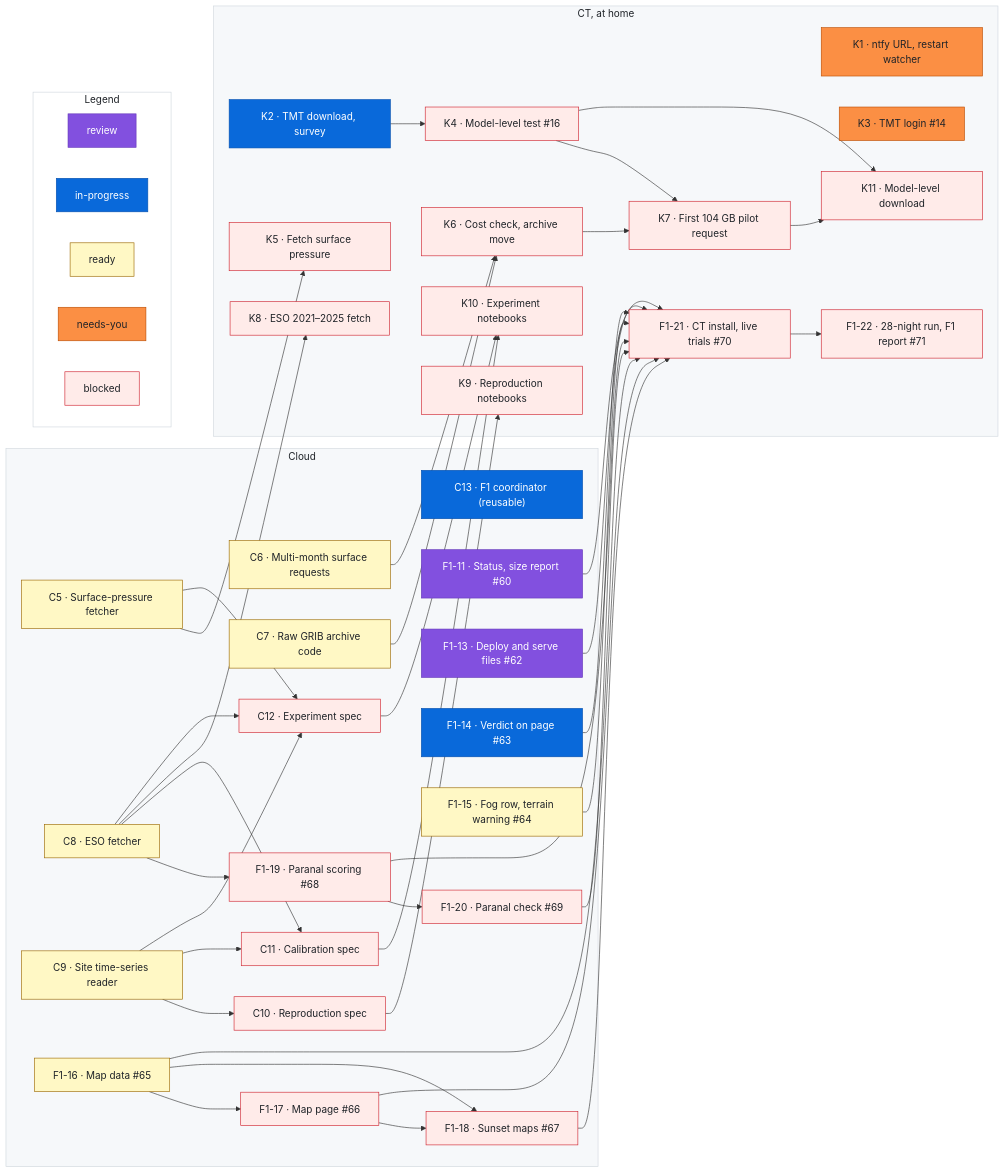
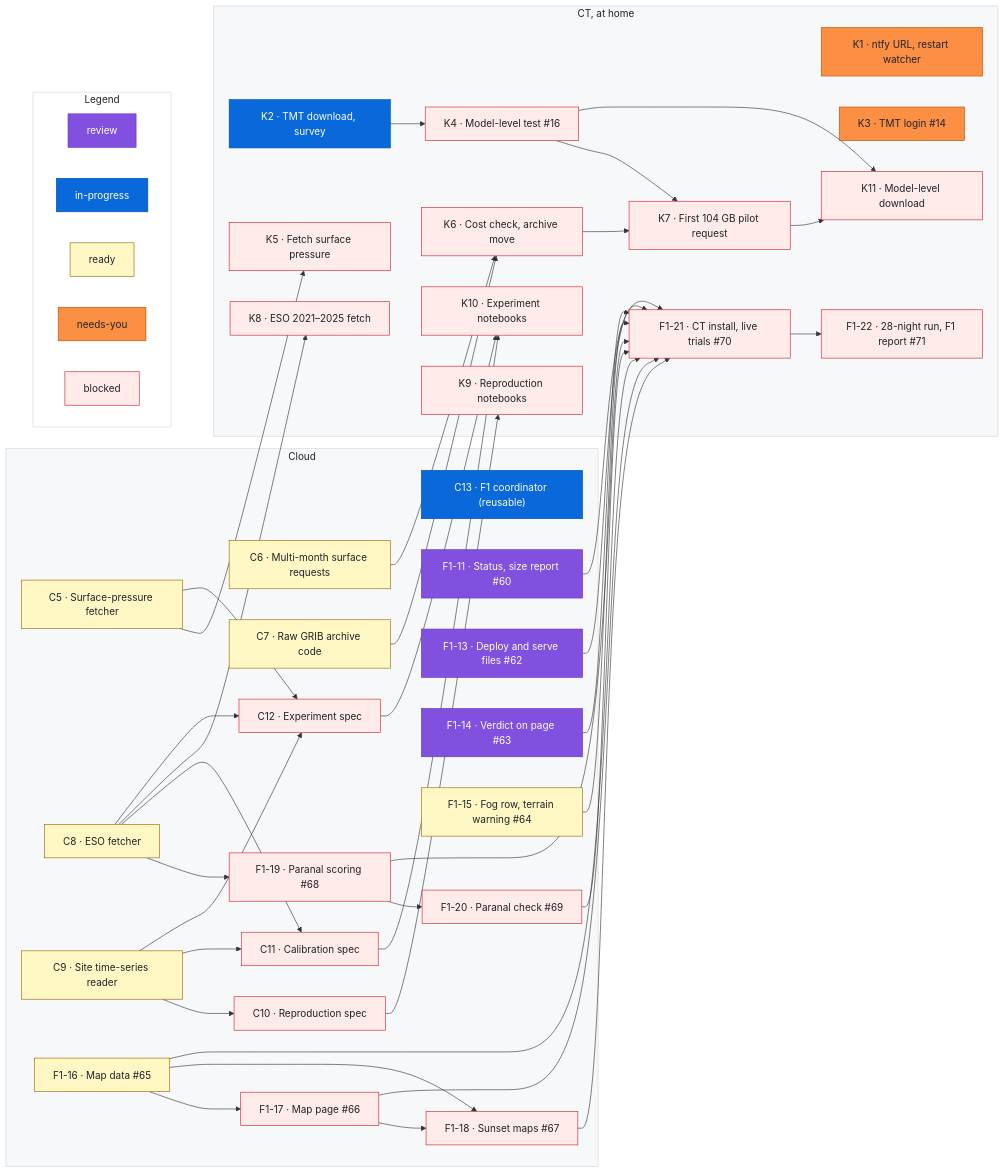
One commit to rrweller/Astro-seeing changed the diagram in docs/roadmap.md. Above: the diagram before and after it, drawn with Mermaid. The commit also changed other lines of this file, not shown here.

Commit message:
roadmap: F1-14 in-progress → review

```diff
--- a/docs/roadmap.md
+++ b/docs/roadmap.md
@@ -191,7 +191,7 @@
   %% ---
   class F1_13 review
   %% ---
-  class F1_14 inprogress
+  class F1_14 review
   %% ---
   class F1_15 ready
   %% ---
```
